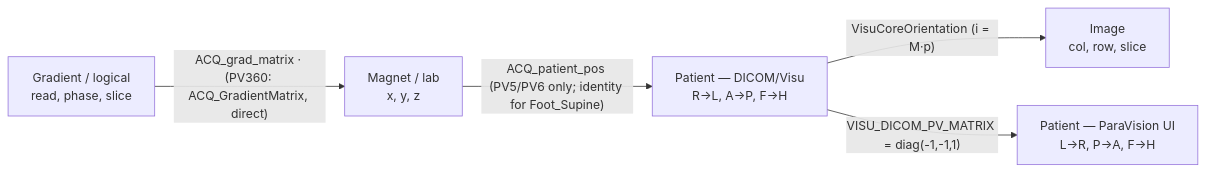
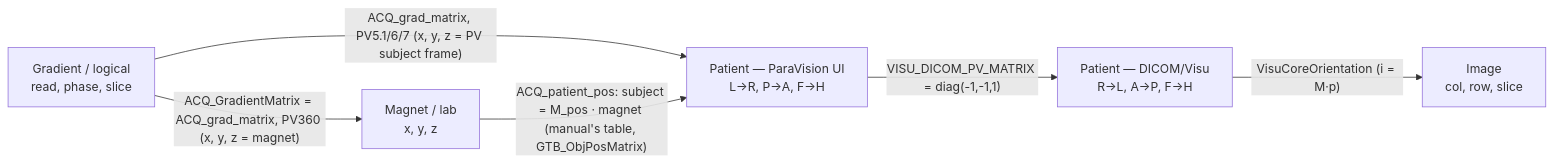
The seventh of 7 diagrams in FILE_FORMAT.md (CoBrALab/pvraw), drawn with Mermaid before and after one commit. The commit also changed other lines of this file and 10 other files, not shown here.

````diff
--- a/FILE_FORMAT.md
+++ b/FILE_FORMAT.md
@@ -2772,12 +2853,13 @@
 ```mermaid
 flowchart LR
   grad["Gradient / logical<br>read, phase, slice"]
   mag["Magnet / lab<br>x, y, z"]
   dicom["Patient — DICOM/Visu<br>R→L, A→P, F→H"]
   pv["Patient — ParaVision UI<br>L→R, P→A, F→H"]
   img["Image<br>col, row, slice"]
-  grad -- "ACQ_grad_matrix · (PV360: ACQ_GradientMatrix, direct)" --> mag
-  mag -- "ACQ_patient_pos (PV5/PV6 only; identity for Foot_Supine)" --> dicom
+  grad -- "ACQ_grad_matrix, PV5.1/6/7 (x, y, z = PV subject frame)" --> pv
+  grad -- "ACQ_GradientMatrix = ACQ_grad_matrix, PV360 (x, y, z = magnet)" --> mag
+  mag -- "ACQ_patient_pos: subject = M_pos · magnet (manual's table, GTB_ObjPosMatrix)" --> pv
+  pv -- "VISU_DICOM_PV_MATRIX = diag(-1,-1,1)" --> dicom
   dicom -- "VisuCoreOrientation (i = M·p)" --> img
-  dicom -- "VISU_DICOM_PV_MATRIX = diag(-1,-1,1)" --> pv
 ```
````
